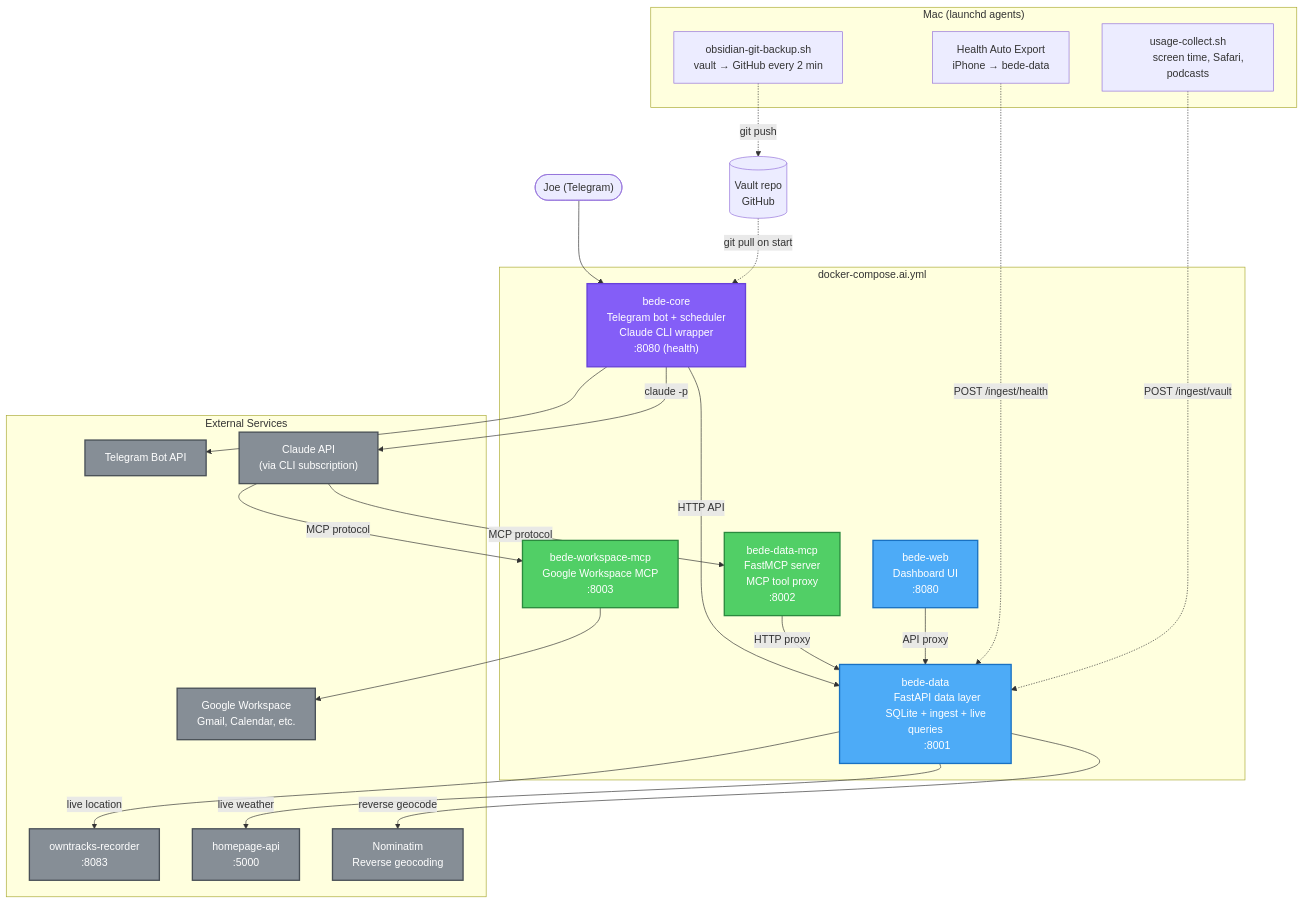
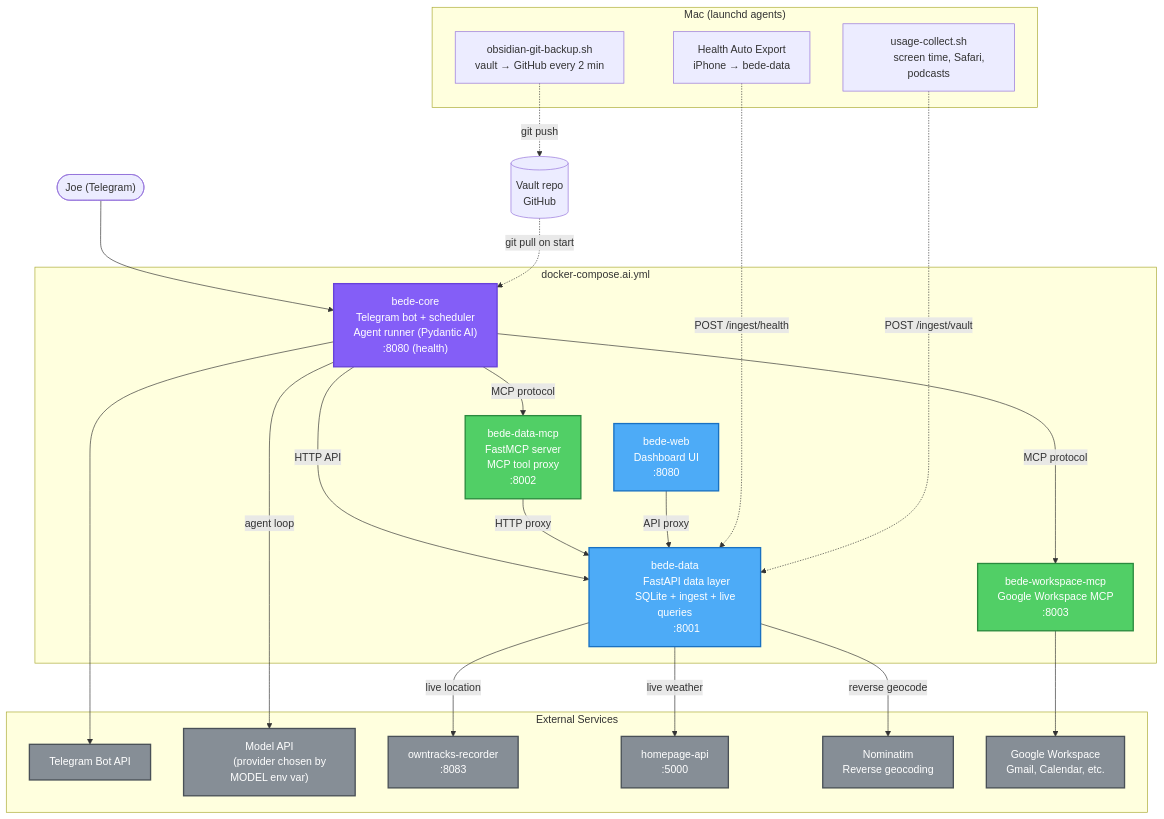
Before and after one commit to josephradford/bede: the first of 3 diagrams in ARCHITECTURE.md, drawn with Mermaid. The commit also changed other lines of this file and 9 other files, not shown here.

Commit message:
feat(bede-core): add eval harness, drop Claude CLI from the image, update docs

````diff
--- a/ARCHITECTURE.md
+++ b/ARCHITECTURE.md
@@ -18,7 +18,7 @@
     subgraph Docker["docker-compose.ai.yml"]
         Core["bede-core
         Telegram bot + scheduler
-        Claude CLI wrapper
+        Agent runner (Pydantic AI)
         :8080 (health)"]
 
         Data["bede-data
@@ -42,8 +42,8 @@
 
     subgraph External["External Services"]
         Telegram["Telegram Bot API"]
-        Claude["Claude API
-        (via CLI subscription)"]
+        Model["Model API
+        (provider chosen by MODEL env var)"]
         OwnTracks["owntracks-recorder
         :8083"]
         HomepageAPI["homepage-api
@@ -67,9 +67,9 @@
 
     User --> Core
     Core --> Telegram
-    Core -- "claude -p" --> Claude
-    Claude -- "MCP protocol" --> MCP
-    Claude -- "MCP protocol" --> WMCP
+    Core -- "agent loop" --> Model
+    Core -- "MCP protocol" --> MCP
+    Core -- "MCP protocol" --> WMCP
     Core -- "HTTP API" --> Data
 
     MCP -- "HTTP proxy" --> Data
@@ -95,5 +95,5 @@
     class Data data
     class MCP,WMCP mcp
     class Web data
-    class Telegram,Claude,OwnTracks,HomepageAPI,Nominatim,Google external
+    class Telegram,Model,OwnTracks,HomepageAPI,Nominatim,Google external
 ```
````
